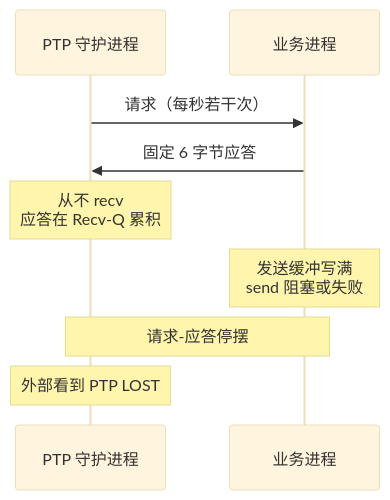
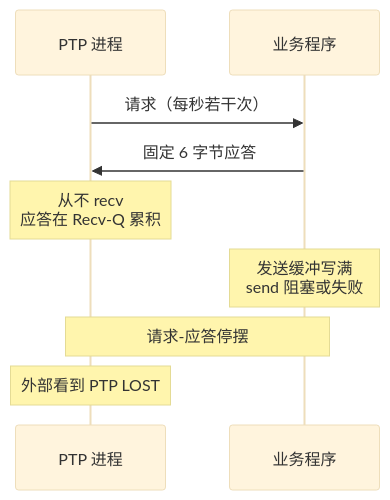
One commit to DeguiLiu/tech-notes changed the second of 5 diagrams in content/posts/performance/ptp_state_machine_field_troubleshooting.md. Above: the diagram before and after it, drawn with Mermaid. The commit also changed other lines of this file, not shown here.

Commit message:
story-docs(blog): simplify PTP troubleshooting language

````diff
--- a/content/posts/performance/ptp_state_machine_field_troubleshooting.md
+++ b/content/posts/performance/ptp_state_machine_field_troubleshooting.md
@@ -137,12 +185,12 @@
 ```mermaid
 %%{init: {"theme":"base","themeVariables":{"fontFamily":"sans-serif","fontSize":"18px"}}}%%
 sequenceDiagram
-    participant P as PTP 守护进程
-    participant A as 业务进程
+    participant P as PTP 进程
+    participant A as 业务程序
     P->>A: 请求（每秒若干次）
     A->>P: 固定 6 字节应答
     Note over P: 从不 recv<br/>应答在 Recv-Q 累积
     Note over A: 发送缓冲写满<br/>send 阻塞或失败
     Note over P,A: 请求-应答停摆
     Note over P: 外部看到 PTP LOST
 ```
````
